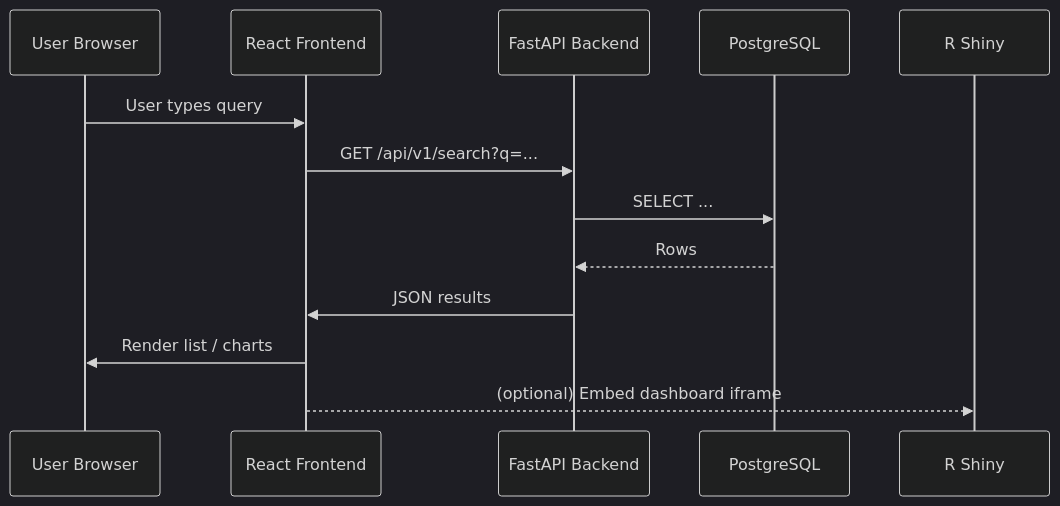
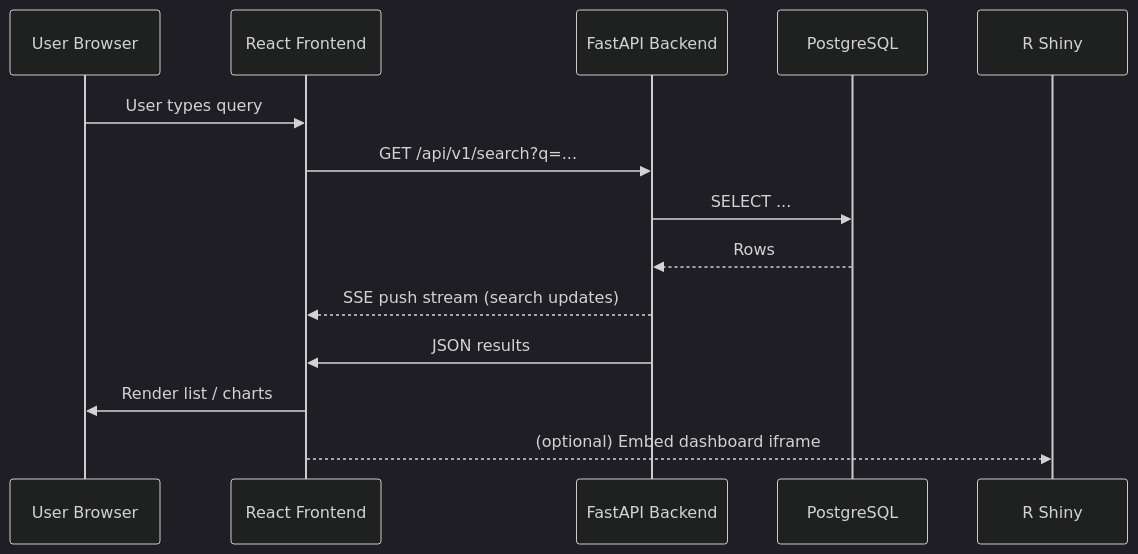
Before and after one commit to sofiadonario/monitor-legislativo-v4: the diagram in docs/architecture/search_sequence.mmd, drawn with Mermaid (dark theme). The commit also changed 9 other files, not shown here.

````diff
--- a/docs/architecture/search_sequence.mmd
+++ b/docs/architecture/search_sequence.mmd
@@ -1,16 +1,17 @@
 ```mermaid
 sequenceDiagram
   participant U as User Browser
   participant FE as React Frontend
   participant BE as FastAPI Backend
   participant DB as PostgreSQL
   participant RS as R Shiny
 
   U->>FE: User types query
   FE->>BE: GET /api/v1/search?q=...
   BE->>DB: SELECT ...
   DB-->>BE: Rows
+  BE-->>FE: SSE push stream (search updates)
   BE->>FE: JSON results
   FE->>U: Render list / charts
   FE-->>RS: (optional) Embed dashboard iframe
 ``` 
````
